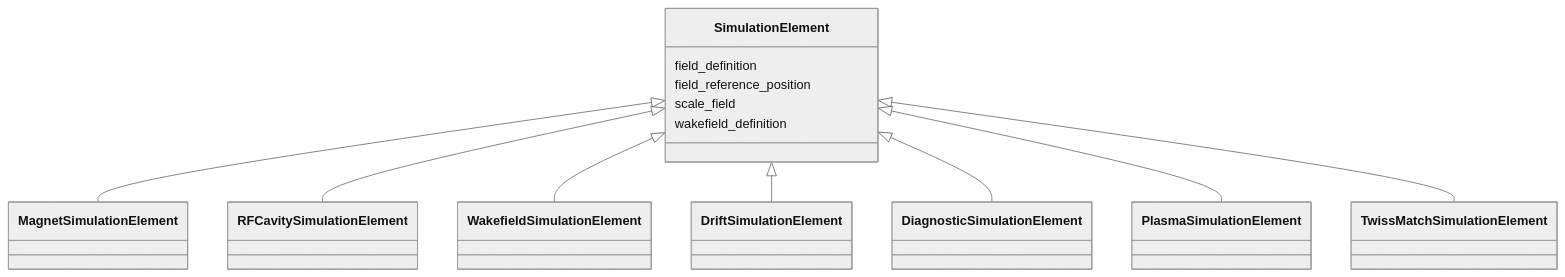
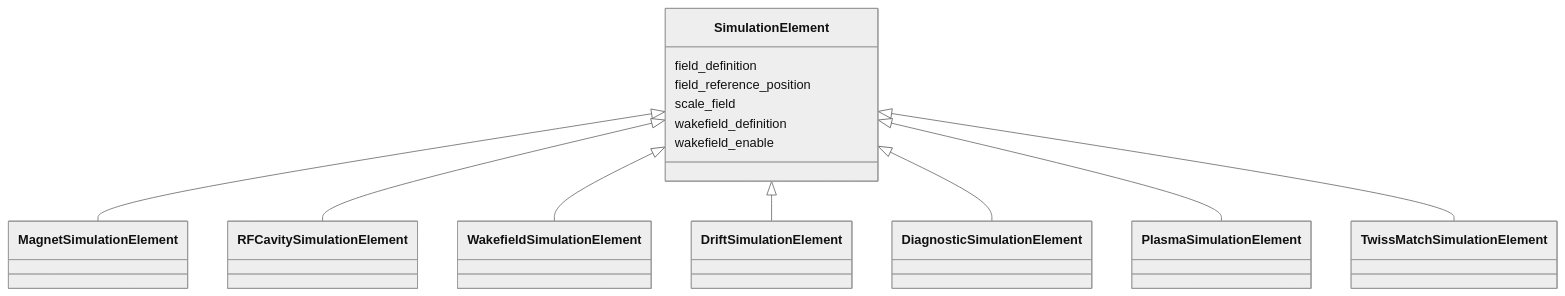
Before and after one commit to astec-stfc/laura: the diagram in docs/source/schema/SimulationElement.md, drawn with Mermaid (neutral theme). The commit also changed other lines of this file and 47 other files, not shown here.

First line of the commit message:
Make functional parameters a schema concept; complete PR #4 merge

````diff
--- a/docs/source/schema/SimulationElement.md
+++ b/docs/source/schema/SimulationElement.md
@@ -23,29 +23,31 @@
 ```mermaid
  classDiagram
     class SimulationElement
     click SimulationElement href "../SimulationElement/"
       SimulationElement <|-- MagnetSimulationElement
         click MagnetSimulationElement href "../MagnetSimulationElement/"
       SimulationElement <|-- RFCavitySimulationElement
         click RFCavitySimulationElement href "../RFCavitySimulationElement/"
       SimulationElement <|-- WakefieldSimulationElement
         click WakefieldSimulationElement href "../WakefieldSimulationElement/"
       SimulationElement <|-- DriftSimulationElement
         click DriftSimulationElement href "../DriftSimulationElement/"
       SimulationElement <|-- DiagnosticSimulationElement
         click DiagnosticSimulationElement href "../DiagnosticSimulationElement/"
       SimulationElement <|-- PlasmaSimulationElement
         click PlasmaSimulationElement href "../PlasmaSimulationElement/"
       SimulationElement <|-- TwissMatchSimulationElement
         click TwissMatchSimulationElement href "../TwissMatchSimulationElement/"
       
       SimulationElement : field_definition
         
       SimulationElement : field_reference_position
         
       SimulationElement : scale_field
         
       SimulationElement : wakefield_definition
         
+      SimulationElement : wakefield_enable
+        
       
 ```
````
